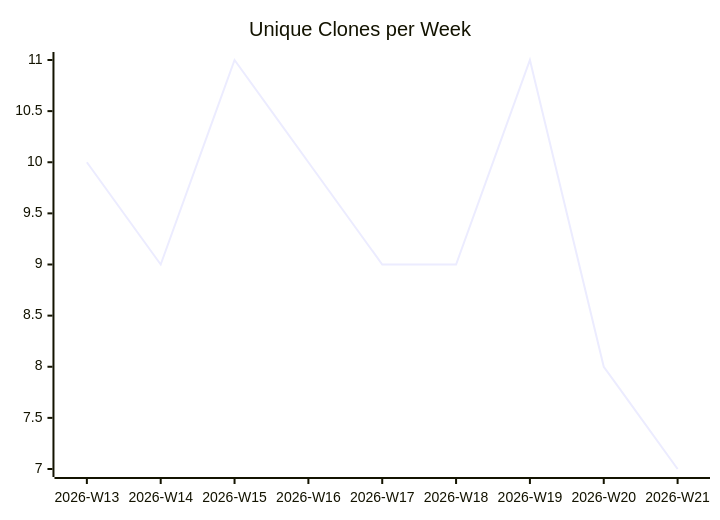
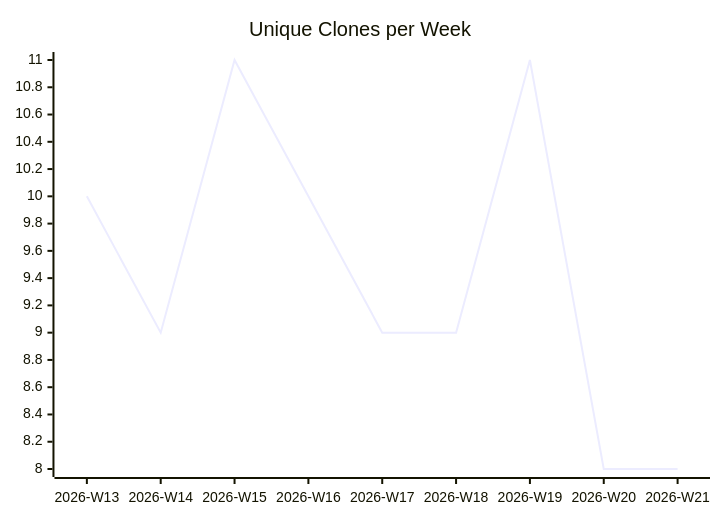
Before and after one commit to justdavis-family/github-analytics-data: the third of 3 diagrams in karlmdavis/usgs-water-api-java/README.md, drawn with Mermaid. The commit also changed other lines of this file and 190 other files, not shown here.

````diff
--- a/karlmdavis/usgs-water-api-java/README.md
+++ b/karlmdavis/usgs-water-api-java/README.md
@@ -19,6 +19,6 @@
 ```mermaid
 xychart-beta
   title "Unique Clones per Week"
   x-axis ["2026-W13", "2026-W14", "2026-W15", "2026-W16", "2026-W17", "2026-W18", "2026-W19", "2026-W20", "2026-W21"]
-  line [10, 9, 11, 10, 9, 9, 11, 8, 7]
+  line [10, 9, 11, 10, 9, 9, 11, 8, 8]
 ```
````
